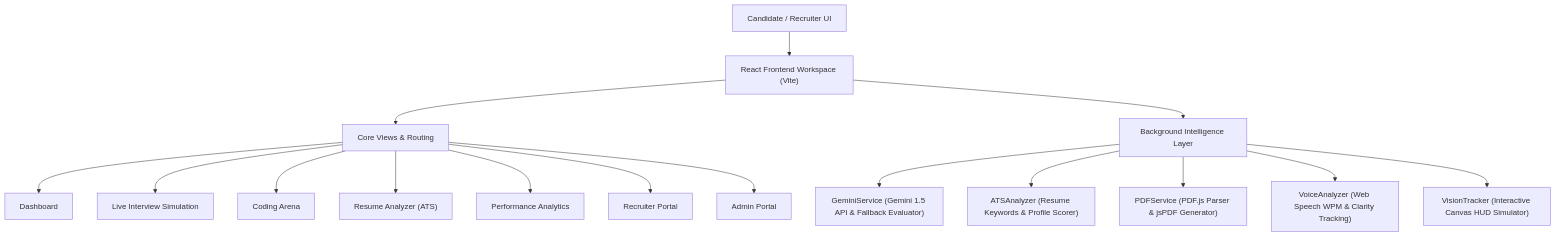
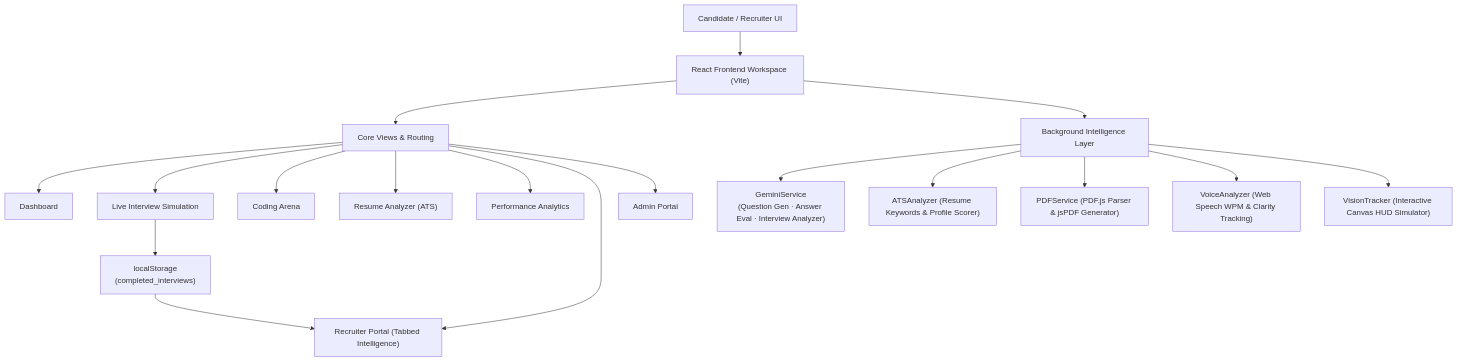
The diagram in README.md (Manishsah098/AI-Interview-Simulator), drawn with Mermaid before and after one commit. The commit also changed other lines of this file, not shown here.

````diff
--- a/README.md
+++ b/README.md
@@ -24,20 +56,23 @@
 ```mermaid
 graph TD
     User["Candidate / Recruiter UI"] --> App["React Frontend Workspace (Vite)"]
     
     App --> Pages["Core Views & Routing"]
     Pages --> D["Dashboard"]
     Pages --> LI["Live Interview Simulation"]
     Pages --> CA["Coding Arena"]
     Pages --> RA["Resume Analyzer (ATS)"]
     Pages --> AN["Performance Analytics"]
-    Pages --> RP["Recruiter Portal"]
+    Pages --> RP["Recruiter Portal (Tabbed Intelligence)"]
     Pages --> AP["Admin Portal"]
 
     App --> Services["Background Intelligence Layer"]
-    Services --> GS["GeminiService (Gemini 1.5 API & Fallback Evaluator)"]
+    Services --> GS["GeminiService\n(Question Gen · Answer Eval · Interview Analyzer)"]
     Services --> AS["ATSAnalyzer (Resume Keywords & Profile Scorer)"]
     Services --> PS["PDFService (PDF.js Parser & jsPDF Generator)"]
     Services --> VA["VoiceAnalyzer (Web Speech WPM & Clarity Tracking)"]
     Services --> VT["VisionTracker (Interactive Canvas HUD Simulator)"]
+
+    LI --> LS["localStorage\n(completed_interviews)"]
+    LS --> RP
 ```
````
